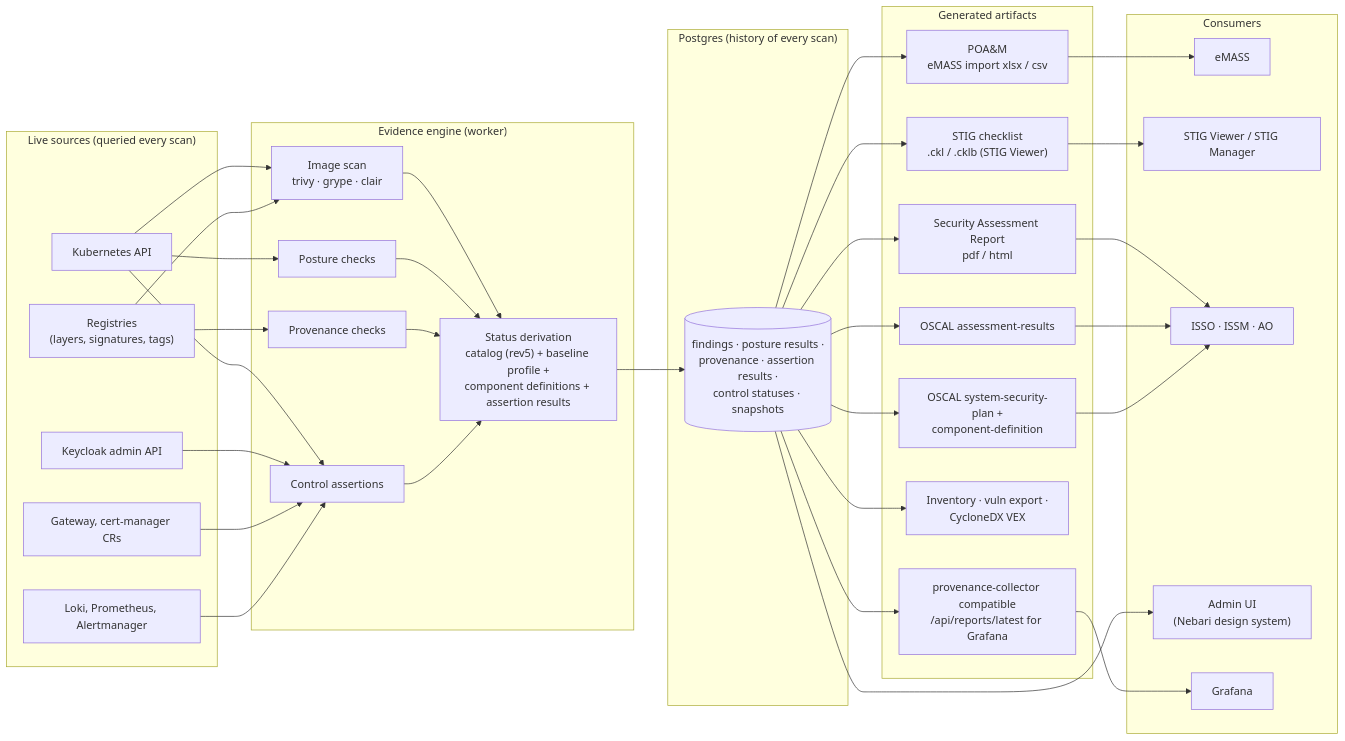
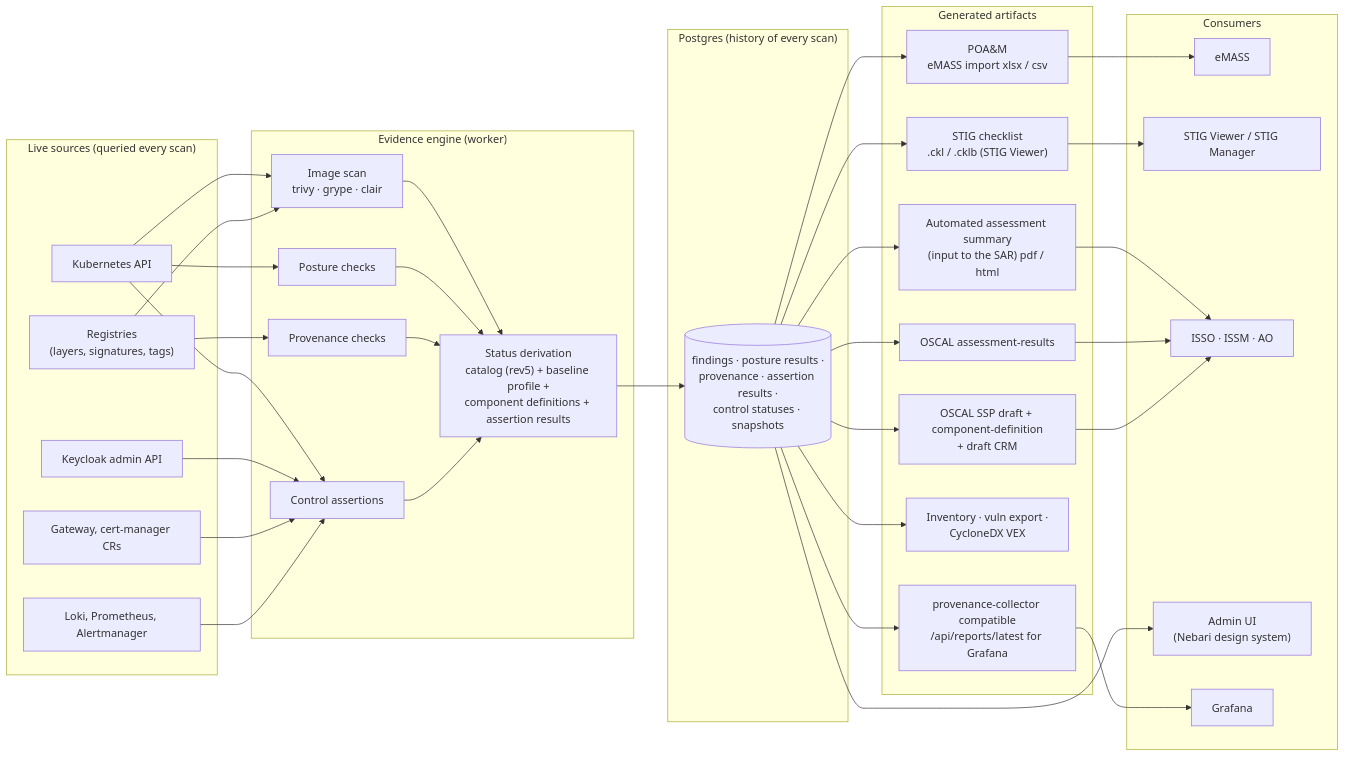
Before and after one commit to brandonrc/nebari-security-posture-pack: the fourth of 5 diagrams in docs/ARCHITECTURE.md, drawn with Mermaid. The commit also changed other lines of this file and 9 other files, not shown here.

````diff
--- a/docs/ARCHITECTURE.md
+++ b/docs/ARCHITECTURE.md
@@ -157,45 +175,45 @@
 ```mermaid
 flowchart LR
     subgraph sources["Live sources (queried every scan)"]
         A1["Kubernetes API"]
         A2["Keycloak admin API"]
         A3["Gateway, cert-manager CRs"]
         A4["Loki, Prometheus, Alertmanager"]
         A5["Registries<br/>(layers, signatures, tags)"]
     end
     subgraph engine["Evidence engine (worker)"]
         SCAN["Image scan<br/>trivy · grype · clair"]
         POST["Posture checks"]
         PROVE["Provenance checks"]
         ASR["Control assertions"]
         DERIVE["Status derivation<br/>catalog (rev5) + baseline profile +<br/>component definitions + assertion results"]
     end
     subgraph store["Postgres (history of every scan)"]
         DB[("findings · posture results ·<br/>provenance · assertion results ·<br/>control statuses · snapshots")]
     end
     subgraph out["Generated artifacts"]
         POAM["POA&M<br/>eMASS import xlsx / csv"]
         CKL["STIG checklist<br/>.ckl / .cklb (STIG Viewer)"]
-        SAR["Security Assessment Report<br/>pdf / html"]
+        SAR["Automated assessment summary<br/>(input to the SAR) pdf / html"]
         OAR["OSCAL assessment-results"]
-        OSSP["OSCAL system-security-plan +<br/>component-definition"]
+        OSSP["OSCAL SSP draft + component-definition<br/>+ draft CRM"]
         VEX["Inventory · vuln export ·<br/>CycloneDX VEX"]
         GRAF["provenance-collector compatible<br/>/api/reports/latest for Grafana"]
     end
     subgraph consumers["Consumers"]
         EMASS["eMASS"]
         SV["STIG Viewer / STIG Manager"]
         AO["ISSO · ISSM · AO"]
         UI["Admin UI<br/>(Nebari design system)"]
         GF["Grafana"]
     end
     A1 --> SCAN & POST & ASR
     A2 & A3 & A4 --> ASR
     A5 --> SCAN & PROVE
     SCAN & POST & PROVE & ASR --> DERIVE --> DB
     DB --> POAM & CKL & SAR & OAR & OSSP & VEX & GRAF & UI
     POAM --> EMASS
     CKL --> SV
     SAR & OAR & OSSP --> AO
     GRAF --> GF
 ```
````
